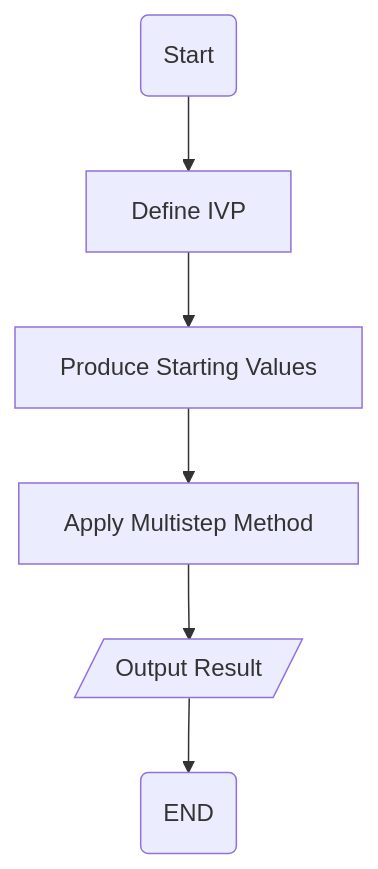
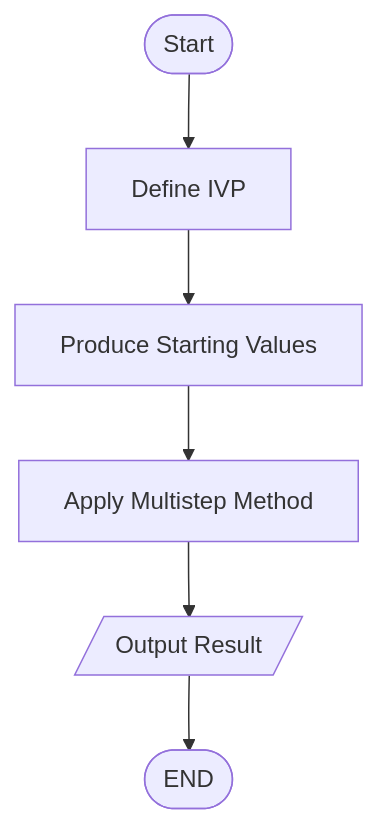
One commit to zhihuammu/ODE-book changed the diagram in _sources/chaps/03/chap03_6_codes.md. Above: the diagram before and after it, drawn with Mermaid. The commit also changed other lines of this file and 66 other files, not shown here.

````diff
--- a/_sources/chaps/03/chap03_6_codes.md
+++ b/_sources/chaps/03/chap03_6_codes.md
@@ -8,10 +8,10 @@
 ```{mermaid}
 :align: center
 flowchart TD
-    id1(Start) --> 
+    id1([Start]) --> 
     id2[Define IVP] -->
     id3[Produce Starting Values] -->
     id4[Apply Multistep Method] -->
     id5[/Output Result/] -->
-    id6(END)   
+    id6([END])   
 ```
````
